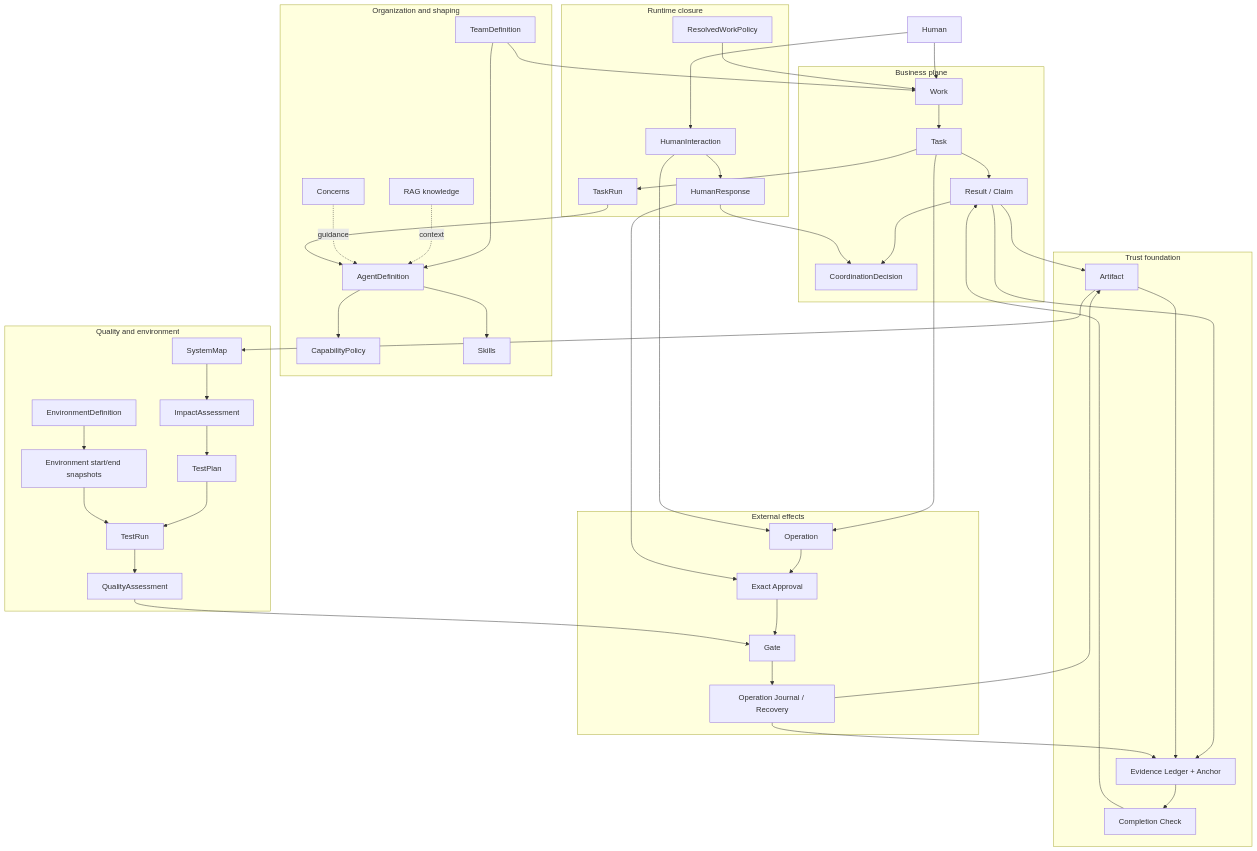
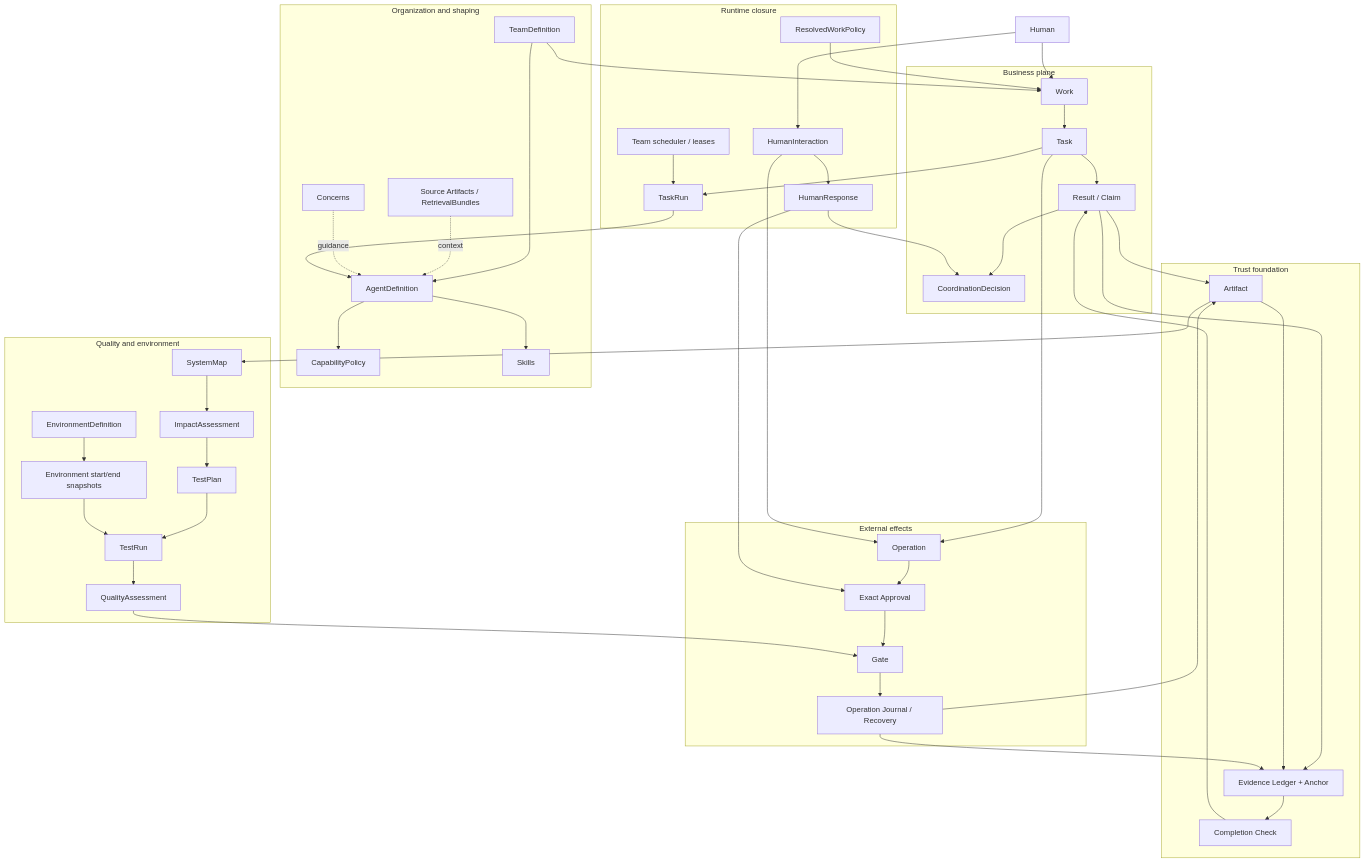
The diagram in docs/design/evidence-backed-team-control-overview.md (cynos-ai/Tiangong), drawn with Mermaid before and after one commit. The commit also changed other lines of this file and 3 other files, not shown here.

First line of the commit message:
docs(architecture): close evidence-backed team control contracts

```diff
--- a/docs/design/evidence-backed-team-control-overview.md
+++ b/docs/design/evidence-backed-team-control-overview.md
@@ -52,9 +84,11 @@
     subgraph Runtime[Runtime closure]
         RWP[ResolvedWorkPolicy]
         RUN[TaskRun]
+        SCH[Team scheduler / leases]
         HI[HumanInteraction]
         HR[HumanResponse]
         RWP --> W
+        SCH --> RUN
         T --> RUN
         HI --> HR
         HR --> D
@@ -65,7 +99,7 @@
         AD[AgentDefinition]
         CP[CapabilityPolicy]
         S[Skills]
-        K[RAG knowledge]
+        K[Source Artifacts / RetrievalBundles]
         C[Concerns]
         TD --> AD
         AD --> CP
```
